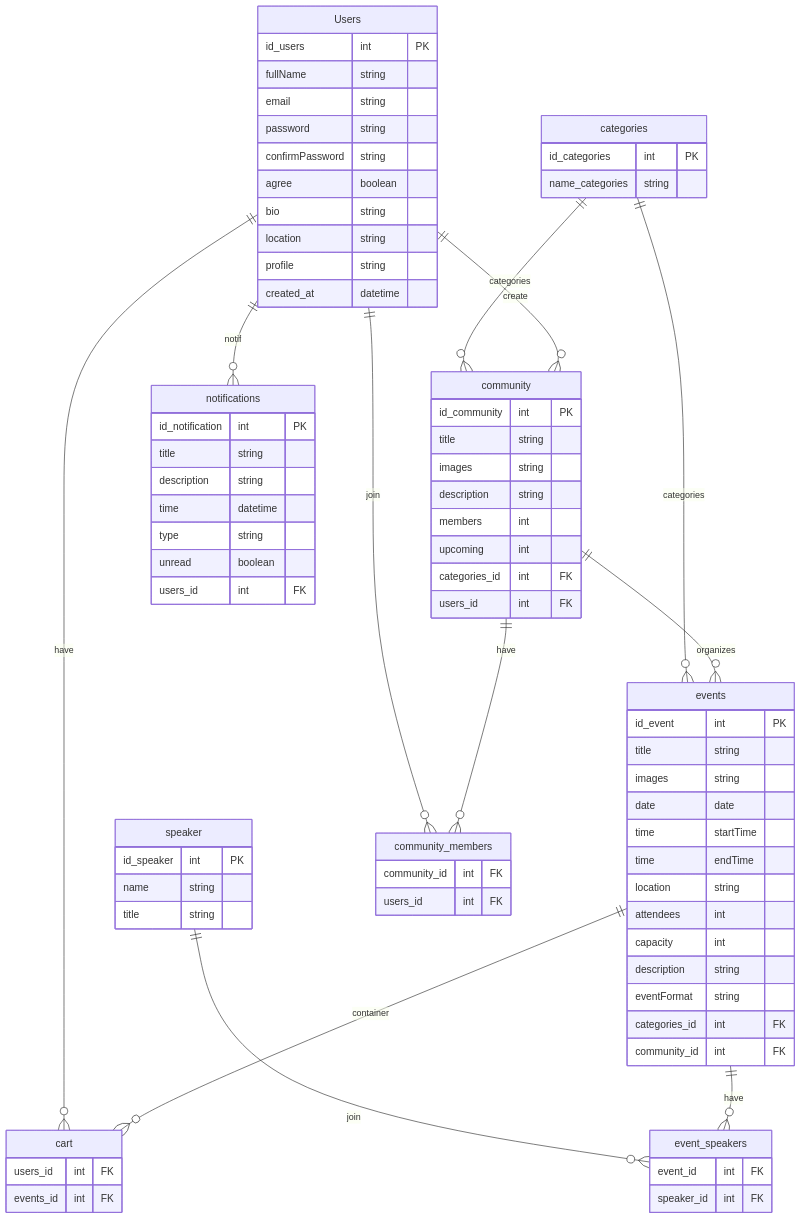
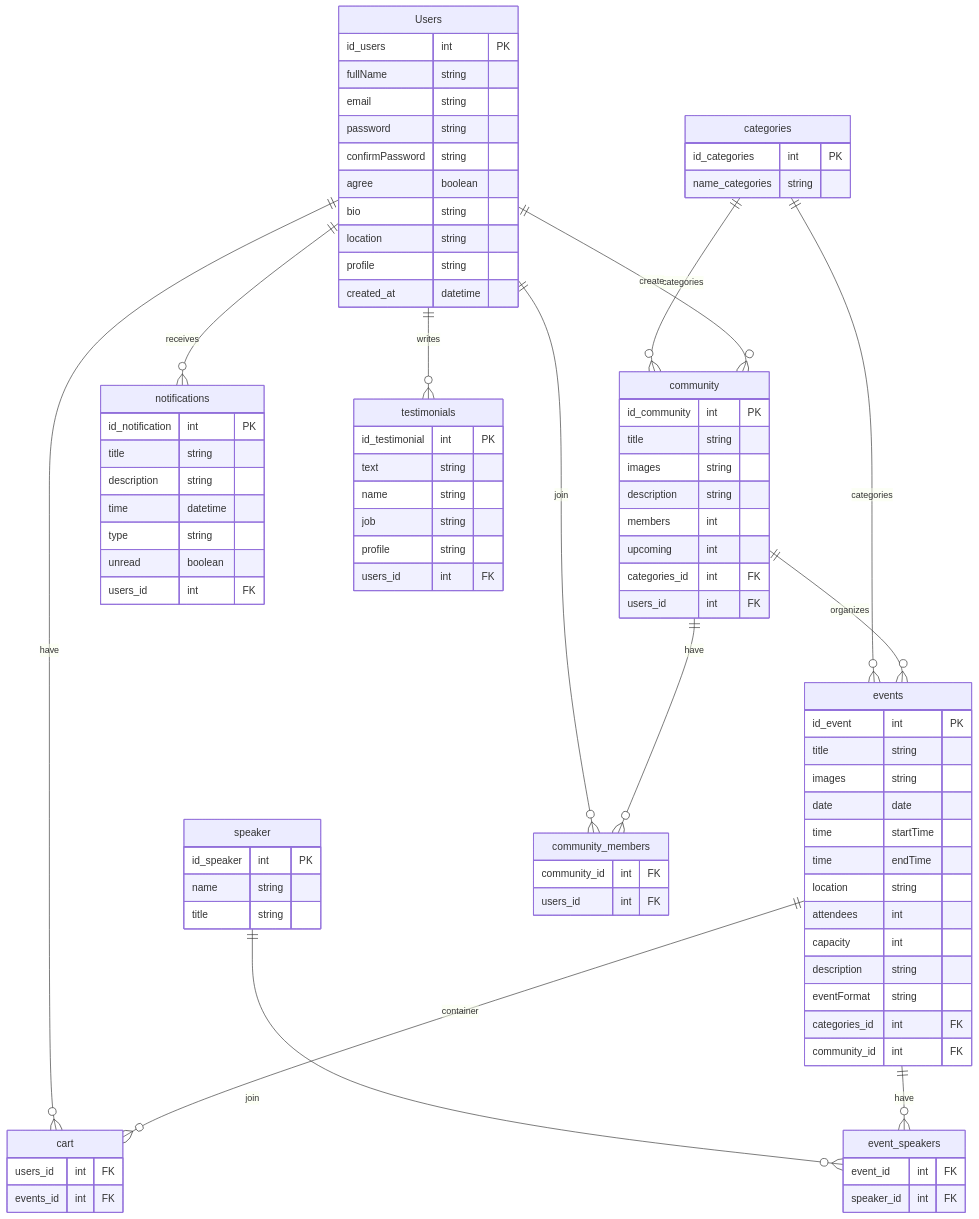
Before and after one commit to fatawaimamalmuftin/koda-b9-database: the diagram in Readme.md, drawn with Mermaid. The commit also changed 1 other file, not shown here.

Commit message:
refactor: refactor ERD and dbDiagram

````diff
--- a/Readme.md
+++ b/Readme.md
@@ -77,6 +77,15 @@
         users_id int FK
     }
 
+    testimonials {
+        id_testimonial int PK
+        text string
+        name string
+        job string
+        profile string
+        users_id int FK
+    }
+
 
     Users ||--o{ cart : have
     events ||--o{ cart : container
@@ -93,5 +102,6 @@
     Users ||--o{ community_members : join
     community ||--o{ community_members : have
 
-    Users ||--o{ notifications : notif
+    Users ||--o{ notifications : receives
+    Users ||--o{ testimonials : writes
 ```
````
